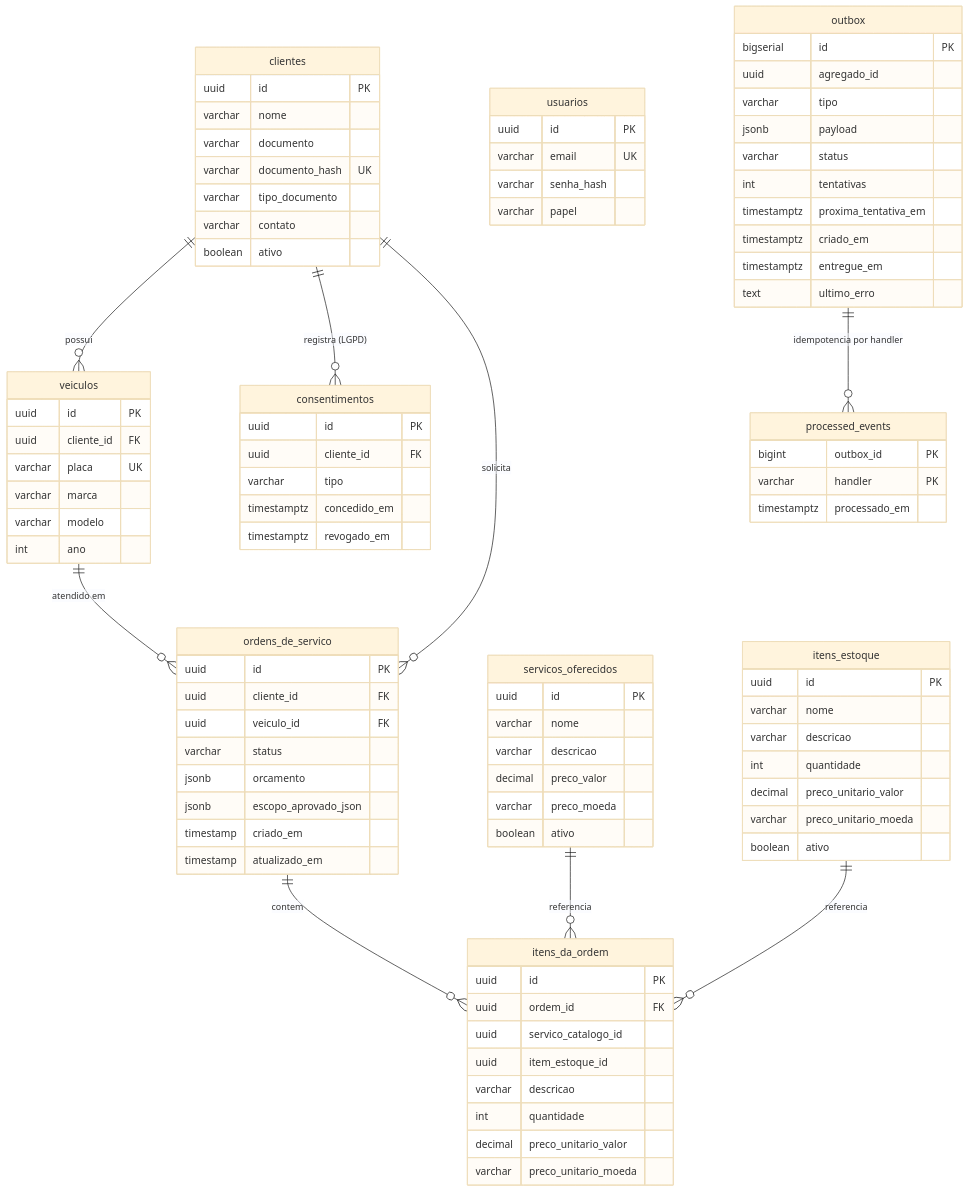
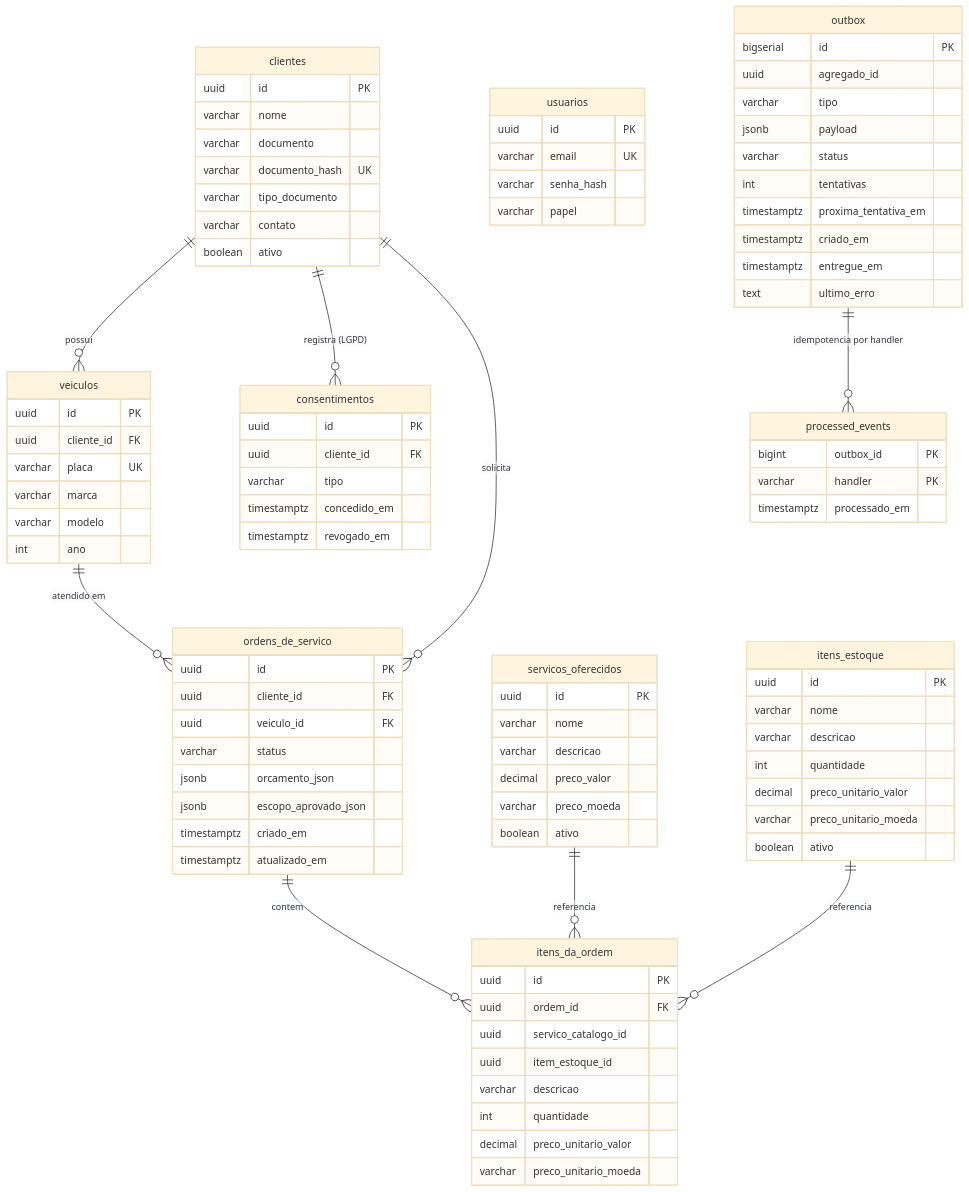
One commit to fiap-postech-sw-architecture/postech-sw-arch-p3 changed the first of 4 diagrams in docs/arquitetura/rfc/fase3/rfc-003-gateway-serverless-observabilidade.md. Above: the diagram before and after it, drawn with Mermaid (base theme). The commit also changed other lines of this file and 14 other files, not shown here.

```diff
--- a/docs/arquitetura/rfc/fase3/rfc-003-gateway-serverless-observabilidade.md
+++ b/docs/arquitetura/rfc/fase3/rfc-003-gateway-serverless-observabilidade.md
@@ -121,10 +121,10 @@
         uuid cliente_id FK
         uuid veiculo_id FK
         varchar status
-        jsonb orcamento
+        jsonb orcamento_json
         jsonb escopo_aprovado_json
-        timestamp criado_em
-        timestamp atualizado_em
+        timestamptz criado_em
+        timestamptz atualizado_em
     }
     itens_da_ordem {
         uuid id PK
```
